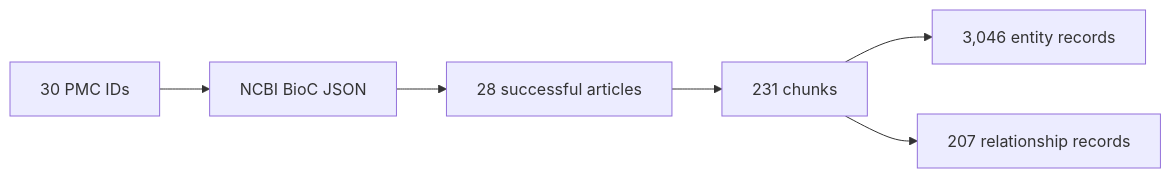
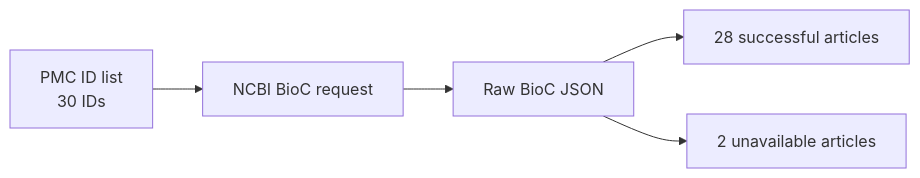
The third of 12 diagrams in docs/capstone_presentation.md (anthonylitwin/med-graph-rag), drawn with Mermaid before and after one commit. The commit also changed other lines of this file, not shown here.

````diff
--- a/docs/capstone_presentation.md
+++ b/docs/capstone_presentation.md
@@ -137,8 +169,7 @@
 ```mermaid
 flowchart LR
-    A["30 PMC IDs"] --> B["NCBI BioC JSON"]
-    B --> C["28 successful articles"]
-    C --> D["231 chunks"]
-    D --> E["3,046 entity records"]
-    D --> F["207 relationship records"]
+    A["PMC ID list<br/>30 IDs"] --> B["NCBI BioC request"]
+    B --> C["Raw BioC JSON"]
+    C --> D["28 successful articles"]
+    C --> E["2 unavailable articles"]
 ```
````
